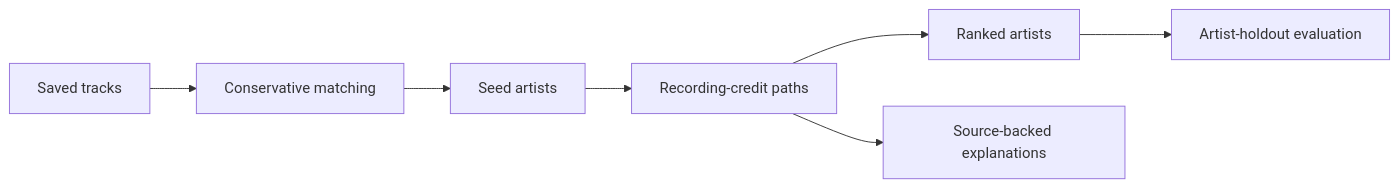
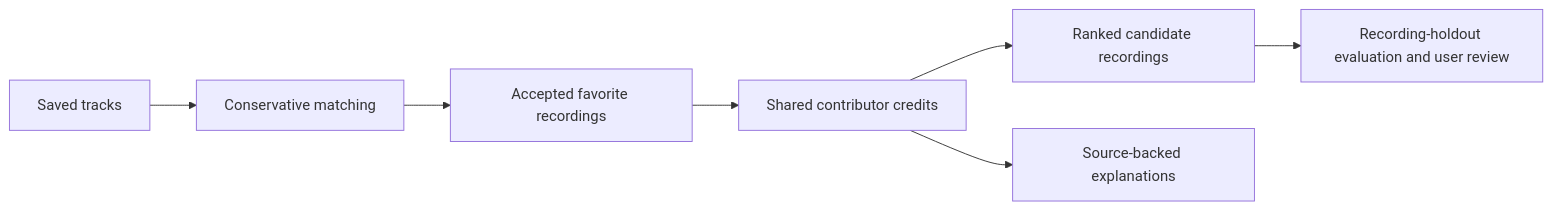
The diagram in plan.md (jszala/music_recommender), drawn with Mermaid before and after one commit. The commit also changed other lines of this file and 31 other files, not shown here.

````diff
--- a/plan.md
+++ b/plan.md
@@ -233,9 +418,9 @@
 ```mermaid
 flowchart LR
     A[Saved tracks] --> B[Conservative matching]
-    B --> C[Seed artists]
-    C --> D[Recording-credit paths]
-    D --> E[Ranked artists]
+    B --> C[Accepted favorite recordings]
+    C --> D[Shared contributor credits]
+    D --> E[Ranked candidate recordings]
     D --> F[Source-backed explanations]
-    E --> G[Artist-holdout evaluation]
+    E --> G[Recording-holdout evaluation and user review]
 ```
````
